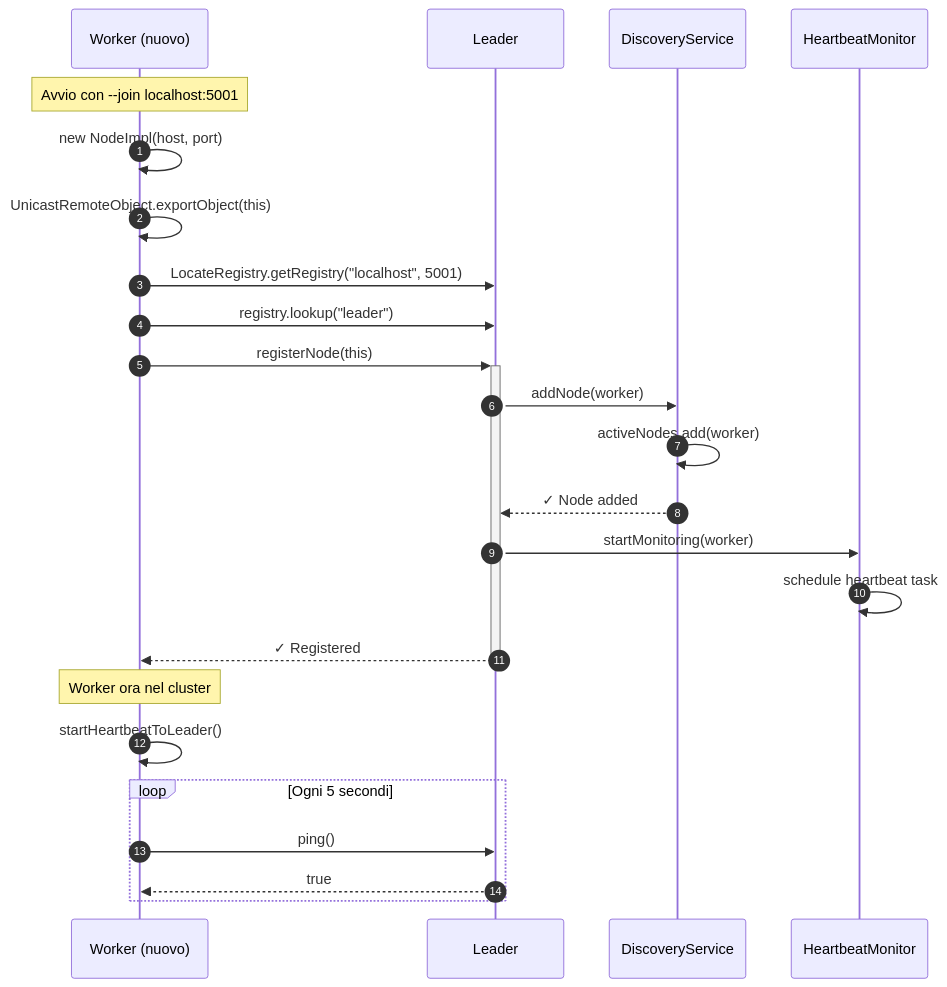
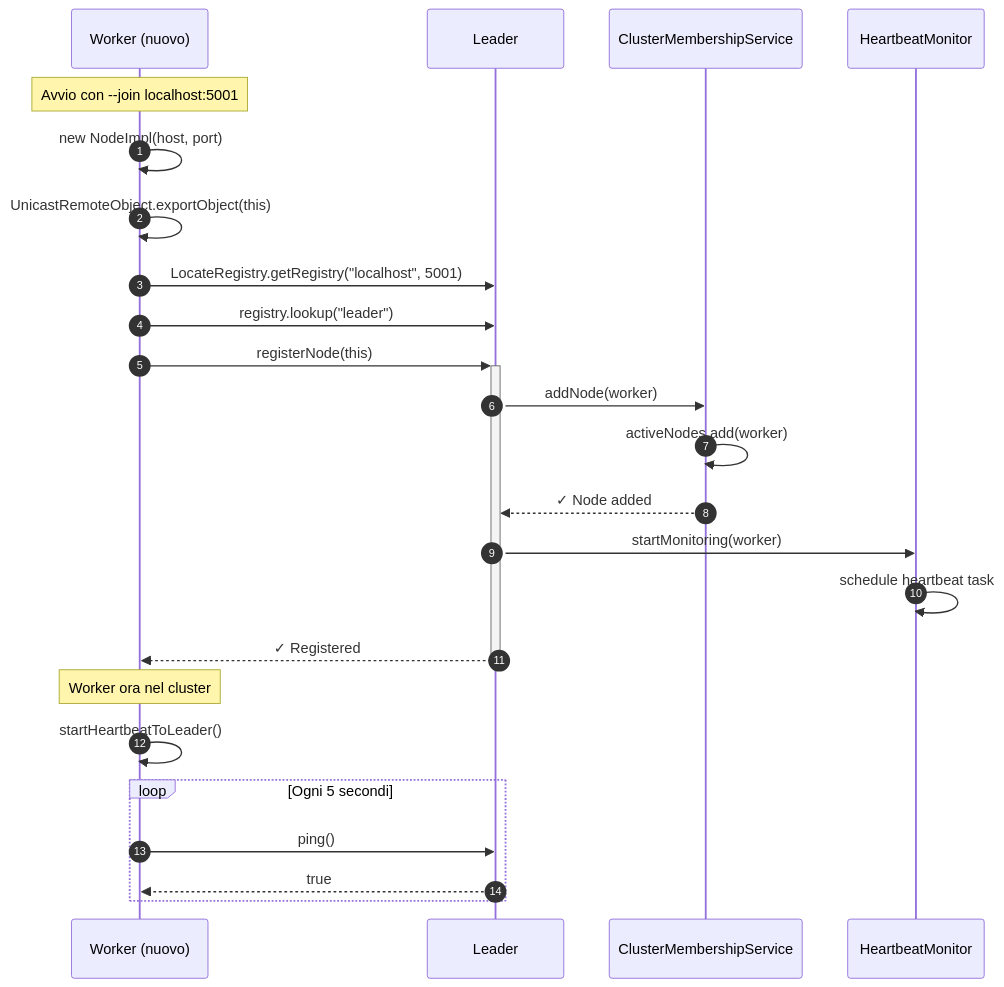
The third of 4 diagrams in docs/components/node.md (lucadileo9/hecaton), drawn with Mermaid before and after one commit. The commit also changed other lines of this file, not shown here.

````diff
--- a/docs/components/node.md
+++ b/docs/components/node.md
@@ -214,33 +221,33 @@
 ```mermaid
 sequenceDiagram
     autonumber
     participant W as Worker (nuovo)
     participant L as Leader
-    participant D as DiscoveryService
+    participant C as ClusterMembershipService
     participant H as HeartbeatMonitor
     
     Note over W: Avvio con --join localhost:5001
     
     W->>W: new NodeImpl(host, port)
     W->>W: UnicastRemoteObject.exportObject(this)
     
     W->>L: LocateRegistry.getRegistry("localhost", 5001)
     W->>L: registry.lookup("leader")
     
     W->>+L: registerNode(this)
-    L->>D: addNode(worker)
-    D->>D: activeNodes.add(worker)
-    D-->>L: ✓ Node added
+    L->>C: addNode(worker)
+    C->>C: activeNodes.add(worker)
+    C-->>L: ✓ Node added
     L->>H: startMonitoring(worker)
     H->>H: schedule heartbeat task
     L-->>-W: ✓ Registered
     
     Note over W: Worker ora nel cluster
     
     W->>W: startHeartbeatToLeader()
     
     loop Ogni 5 secondi
         W->>L: ping()
         L-->>W: true
     end
 ```
````
